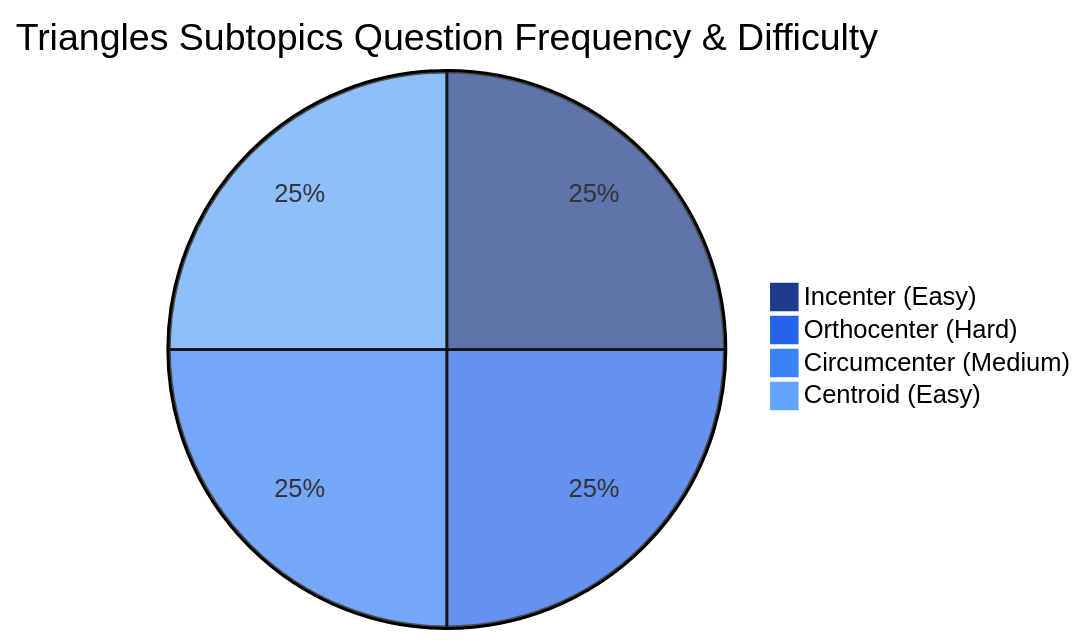
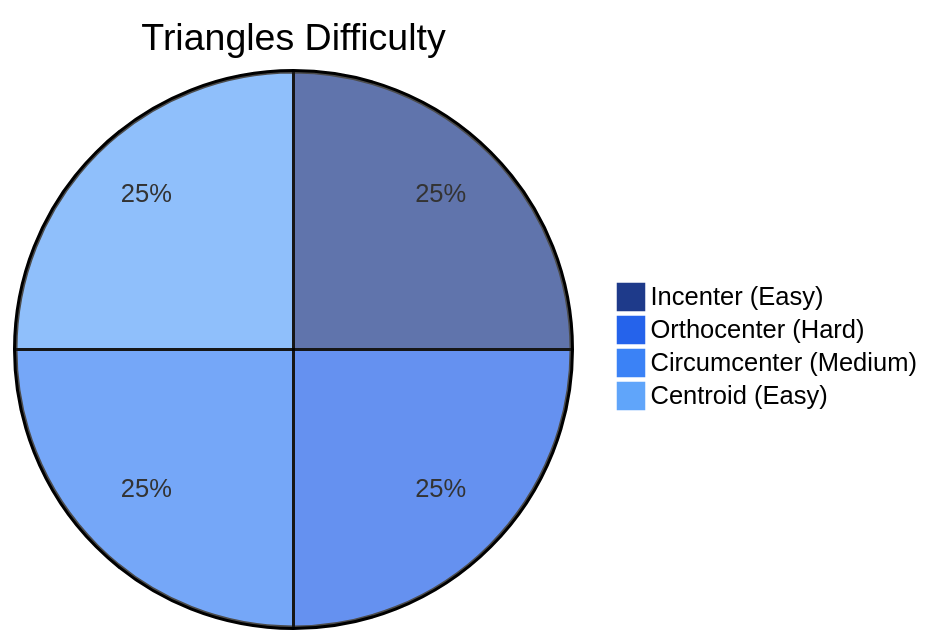
The third of 5 diagrams in content/cds/elementary-mathematics/elementary_mathematics_overview.md (skc-coder/SAGE), drawn with Mermaid before and after one commit. The commit also changed other lines of this file and 3 other files, not shown here.

First line of the commit message:
fix(skill): relocate Chapter/Topic accuracy charts to Overview pages and enforce concise Mermaid graph titles

````diff
--- a/content/cds/elementary-mathematics/elementary_mathematics_overview.md
+++ b/content/cds/elementary-mathematics/elementary_mathematics_overview.md
@@ -32,8 +33,8 @@
 ```mermaid
 %%{init: {'themeVariables': { 'pie1': '#1e3a8a', 'pie2': '#2563eb', 'pie3': '#3b82f6', 'pie4': '#60a5fa'}}}%%
-pie title Triangles Subtopics Question Frequency & Difficulty
+pie title Triangles Difficulty
     "Incenter (Easy)" : 1
     "Orthocenter (Hard)" : 1
     "Circumcenter (Medium)" : 1
     "Centroid (Easy)" : 1
 ```
````
